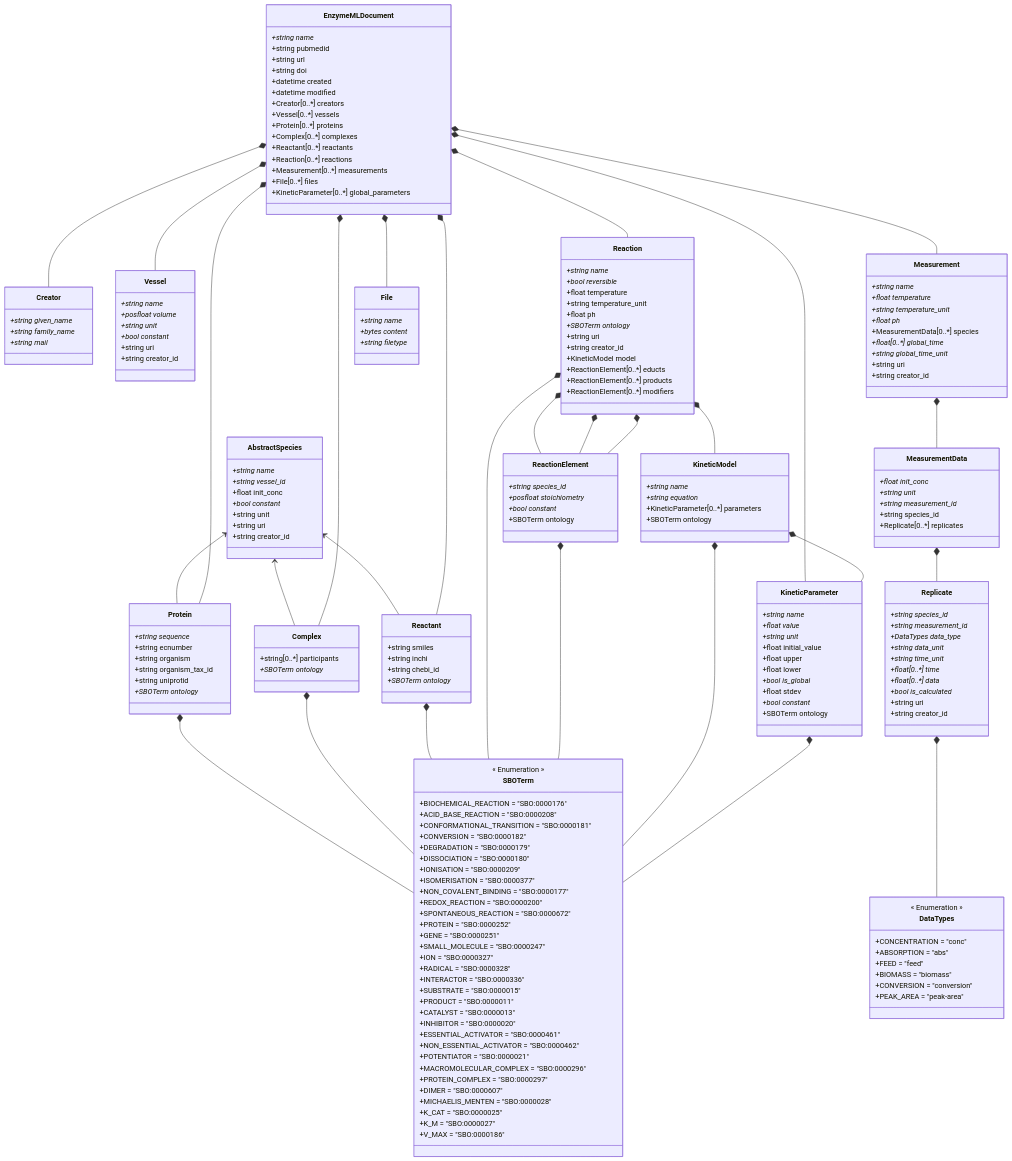
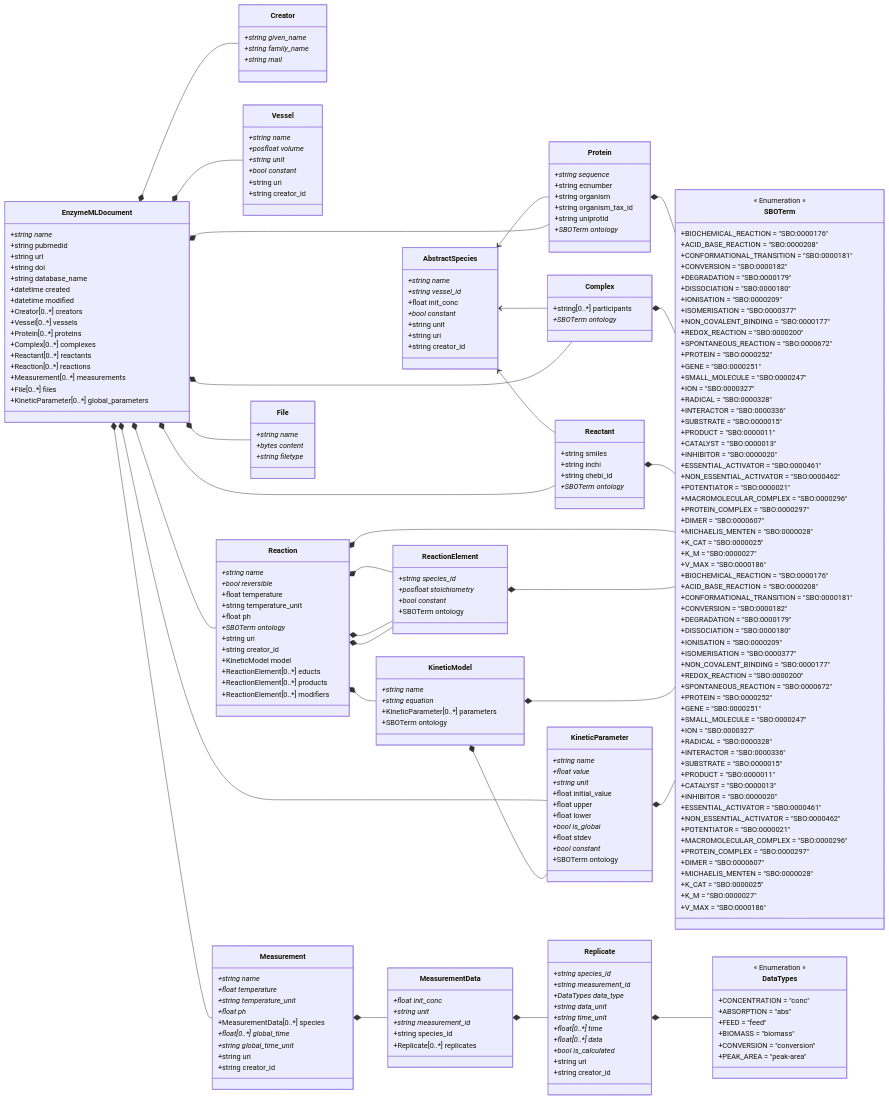
Before and after one commit to EnzymeML/enzymeml-specifications: the diagram in PyEnzyme/schemes/Ontologies.md, drawn with Mermaid. The commit also changed 12 other files, not shown here.

````diff
--- a/PyEnzyme/schemes/Ontologies.md
+++ b/PyEnzyme/schemes/Ontologies.md
@@ -1,5 +1,6 @@
 ```mermaid
 classDiagram
+    direction LR
     AbstractSpecies <-- Protein
     AbstractSpecies <-- Complex
     AbstractSpecies <-- Reactant
@@ -33,6 +34,7 @@
         +string pubmedid
         +string url
         +string doi
+        +string database_name
         +datetime created
         +datetime modified
         +Creator[0..*] creators
@@ -208,6 +210,41 @@
         +V_MAX = "SBO:0000186"
     }
     
+    class SBOTerm {
+        << Enumeration >>
+        +BIOCHEMICAL_REACTION = "SBO:0000176"
+        +ACID_BASE_REACTION = "SBO:0000208"
+        +CONFORMATIONAL_TRANSITION = "SBO:0000181"
+        +CONVERSION = "SBO:0000182"
+        +DEGRADATION = "SBO:0000179"
+        +DISSOCIATION = "SBO:0000180"
+        +IONISATION = "SBO:0000209"
+        +ISOMERISATION = "SBO:0000377"
+        +NON_COVALENT_BINDING = "SBO:0000177"
+        +REDOX_REACTION = "SBO:0000200"
+        +SPONTANEOUS_REACTION = "SBO:0000672"
+        +PROTEIN = "SBO:0000252"
+        +GENE = "SBO:0000251"
+        +SMALL_MOLECULE = "SBO:0000247"
+        +ION = "SBO:0000327"
+        +RADICAL = "SBO:0000328"
+        +INTERACTOR = "SBO:0000336"
+        +SUBSTRATE = "SBO:0000015"
+        +PRODUCT = "SBO:0000011"
+        +CATALYST = "SBO:0000013"
+        +INHIBITOR = "SBO:0000020"
+        +ESSENTIAL_ACTIVATOR = "SBO:0000461"
+        +NON_ESSENTIAL_ACTIVATOR = "SBO:0000462"
+        +POTENTIATOR = "SBO:0000021"
+        +MACROMOLECULAR_COMPLEX = "SBO:0000296"
+        +PROTEIN_COMPLEX = "SBO:0000297"
+        +DIMER = "SBO:0000607"
+        +MICHAELIS_MENTEN = "SBO:0000028"
+        +K_CAT = "SBO:0000025"
+        +K_M = "SBO:0000027"
+        +V_MAX = "SBO:0000186"
+    }
+    
     class DataTypes {
         << Enumeration >>
         +CONCENTRATION = "conc"
````
